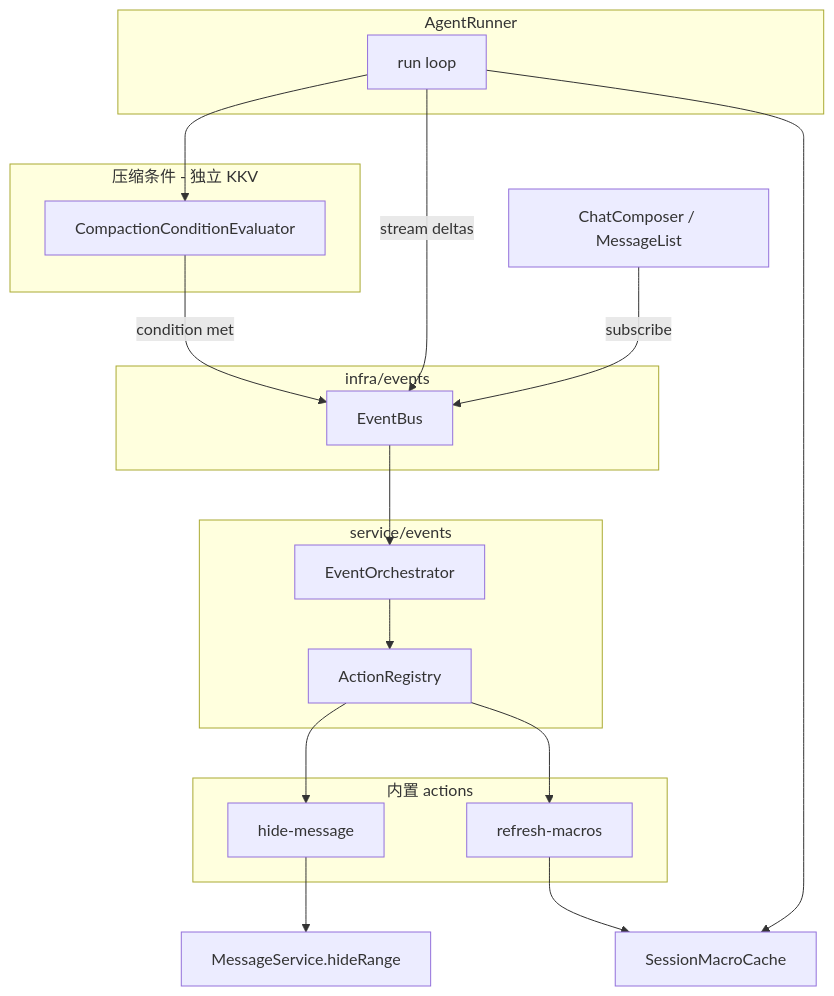
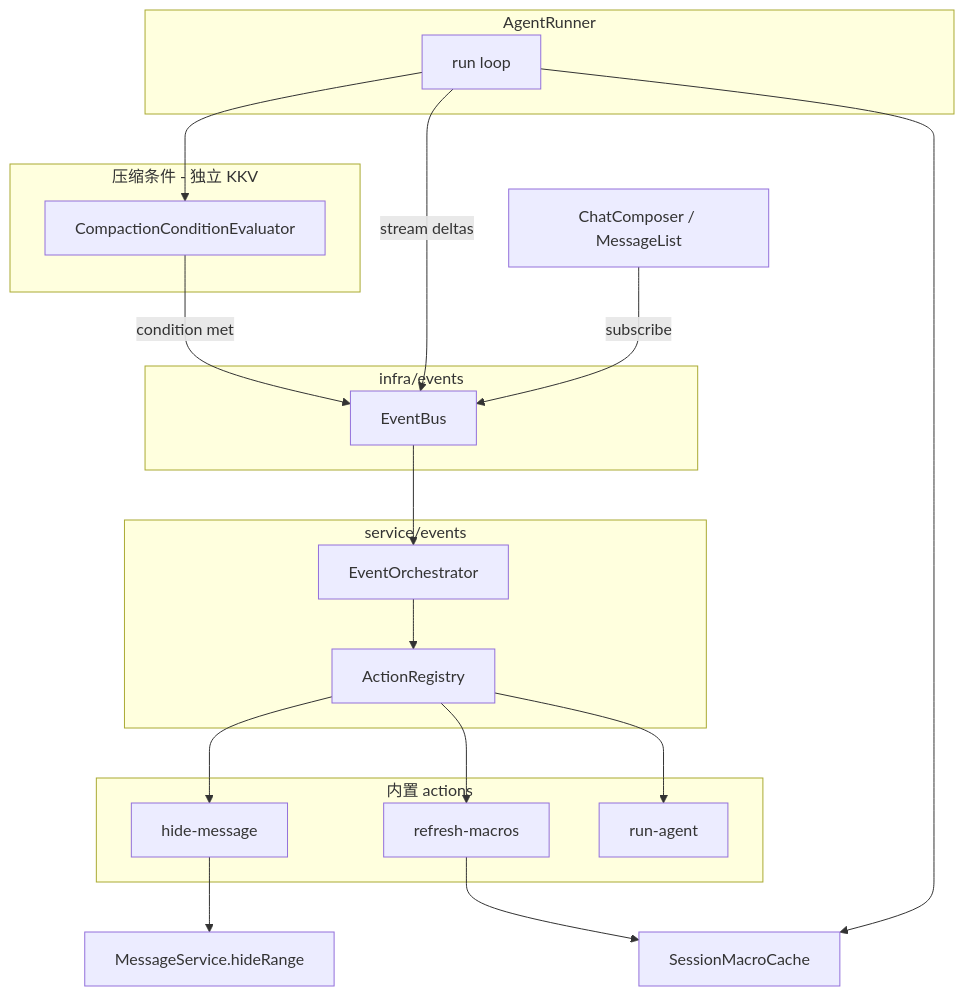
Before and after one commit to bloodycrownD/novel-master: the diagram in .apm/kb/docs/Iterations/event-bus-compaction-conditions/spec.md, drawn with Mermaid. The commit also changed other lines of this file and 56 other files, not shown here.

First line of the commit message:
feat: run-agent action, dir defaults, and mobile events/agent polish

````diff
--- a/.apm/kb/docs/Iterations/event-bus-compaction-conditions/spec.md
+++ b/.apm/kb/docs/Iterations/event-bus-compaction-conditions/spec.md
@@ -17,31 +17,33 @@
 ```mermaid
 flowchart TB
   subgraph triggers [压缩条件 - 独立 KKV]
     CE[CompactionConditionEvaluator]
   end
   subgraph bus [infra/events]
     EB[EventBus]
   end
   subgraph orchestration [service/events]
     EO[EventOrchestrator]
     AR[ActionRegistry]
   end
   subgraph actions [内置 actions]
     HM[hide-message]
     RM[refresh-macros]
+    RA[run-agent]
   end
   subgraph runner [AgentRunner]
     ARUN[run loop]
   end
   ARUN --> CE
   CE -->|condition met| EB
   EB --> EO
   EO --> AR
   AR --> HM
   AR --> RM
+  AR --> RA
   HM --> MS[MessageService.hideRange]
   RM --> MC[SessionMacroCache]
   ARUN --> MC
   ARUN -->|stream deltas| EB
   Mobile[ChatComposer / MessageList] -->|subscribe| EB
 ```
````
